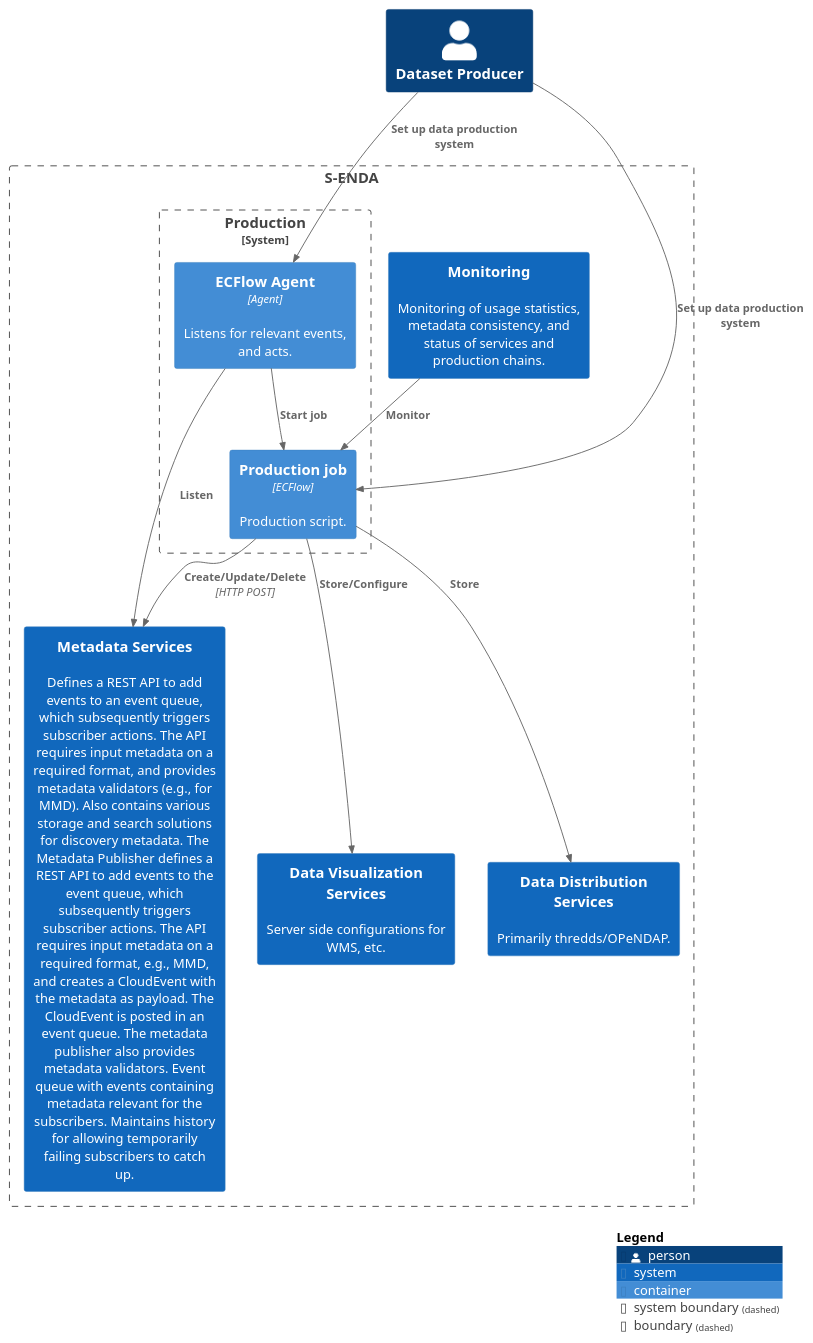
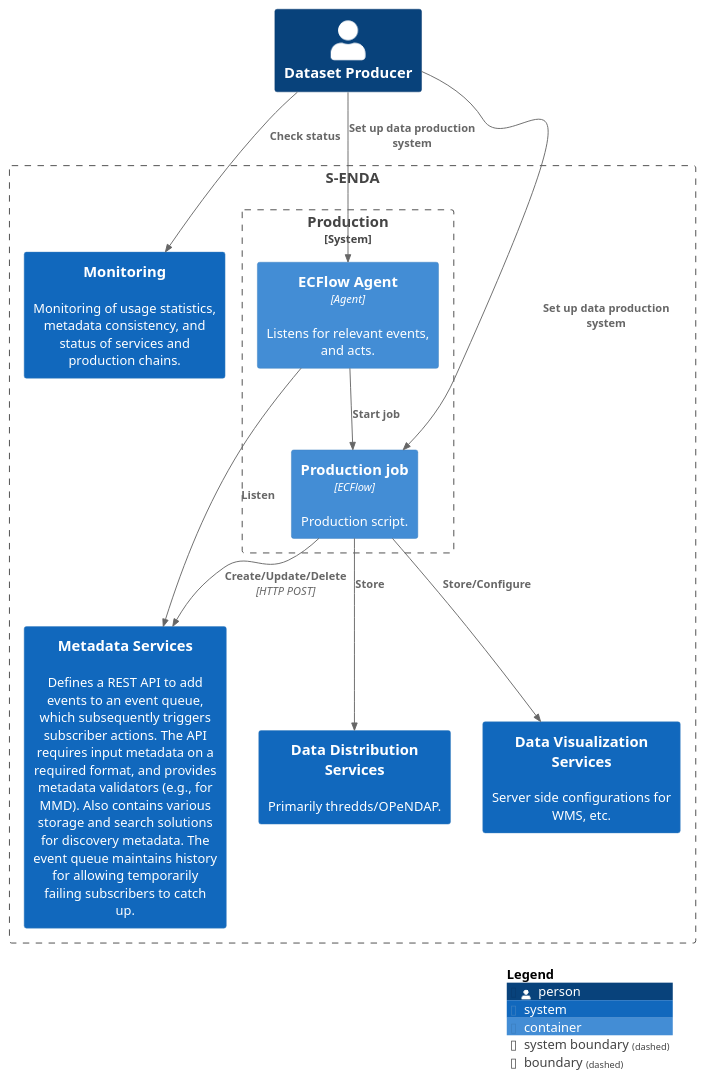
One commit to metno/S-ENDA-documentation changed the diagram in source/puml/architecture/S-ENDA-production-container-diagram.puml. Above: the diagram before and after it, drawn with PlantUML. The commit also changed 3 other files, not shown here.

```diff
--- a/source/puml/architecture/S-ENDA-production-container-diagram.puml
+++ b/source/puml/architecture/S-ENDA-production-container-diagram.puml
@@ -1,55 +1,56 @@
 @startuml S-ENDA-production-container-diagram
 !include https://raw.githubusercontent.com/plantuml-stdlib/C4-PlantUML/master/C4_Container.puml
 
 LAYOUT_TOP_DOWN()
 
-Person(dataprovider, "Dataset Producer")
+Person(dataproducer, "Dataset Producer")
 
 Boundary(systems, "S-ENDA") {
-  System(dmservice, "Metadata Services", "Defines a REST API to add events to an event queue, which subsequently triggers subscriber actions. The API requires input metadata on a required format, and provides metadata validators (e.g., for MMD). Also contains various storage and search solutions for discovery metadata. The Metadata Publisher defines a REST API to add events to the event queue, which subsequently triggers subscriber actions. The API requires input metadata on a required format, e.g., MMD, and creates a CloudEvent with the metadata as payload. The CloudEvent is posted in an event queue. The metadata publisher also provides metadata validators. Event queue with events containing metadata relevant for the subscribers. Maintains history for allowing temporarily failing subscribers to catch up.")
+  System(dmservice, "Metadata Services", "Defines a REST API to add events to an event queue, which subsequently triggers subscriber actions. The API requires input metadata on a required format, and provides metadata validators (e.g., for MMD). Also contains various storage and search solutions for discovery metadata. The event queue maintains history for allowing temporarily failing subscribers to catch up.")
 
   System(dist_systems, "Data Distribution Services", "Primarily thredds/OPeNDAP.")
   System(vis_systems, "Data Visualization Services", "Server side configurations for WMS, etc.")
   System(monitoring, "Monitoring", "Monitoring of usage statistics, metadata consistency, and status of services and production chains.")
 
   System_Boundary(productionhub, "Production", "Automated system for data production. ECFlow, PPI, SMS, etc."){
     'Container(listen_update, "Update listener", "", "Listens for metadata updates, updates metadata in datafiles on behalf of authenticated user.")
     'Container(listen_delete, "Deletion listener", "", "Listens for metadata, and deletes files on behalf of authenticated user.")
     Container(listen_start, "ECFlow Agent", "Agent", "Listens for relevant events, and acts.")
     Container(job, "Production job", "ECFlow", "Production script.")
     Rel(listen_start, job, "Start job")
   }
 }
 
 'Boundary(consumers, "Data Consumers"){
 '  Person(advanced, "Advanced")
 '  Person(intermediate, "Intermediate")
 '  Person(simple, "Simple")
 '  System_Ext(portals, "Portals", "External portals harvest metadata on various standards")
 '  System_Ext(apps, "Web/mobile apps", "External apps present data in customized ways.")
 '}
 '
 'Rel(consumers, systems, "Search/Harvest", "CSW/OpenSearch/OAI-PMH")
 'Rel(consumers, systems, "Visualize", "e.g., WMS")
 'Rel(consumers, systems, "Stream", "OPeNDAP")
 '
 'Rel(simple, portals, "Search portals", "Web-UI/API")
 'Rel(simple, apps, "Navigates to app", "Web/mobile UI")
 'Rel(intermediate, portals, "Search portals", "Web-UI/API")
 'Rel(advanced, portals, "Search portals", "Web-UI/API")
 
 'Rel(listen_update, dmservice, "Listen update")
 'Rel(listen_delete, dmservice, "Listen delete")
 Rel(listen_start, dmservice, "Listen")
 
-Rel(dataprovider, job, "Set up data production system")
-Rel(dataprovider, listen_start, "Set up data production system")
+Rel(dataproducer, job, "Set up data production system")
+Rel(dataproducer, listen_start, "Set up data production system")
 Rel(job, vis_systems, "Store/Configure")
 Rel(job, dist_systems, "Store")
 Rel(job, dmservice, "Create/Update/Delete", "HTTP POST")
 
-Rel(monitoring, job, "Monitor")
+'Rel(monitoring, job, "Monitor")
+Rel(dataproducer, monitoring, "Check status")
 
 SHOW_LEGEND()
 
 @enduml
```
